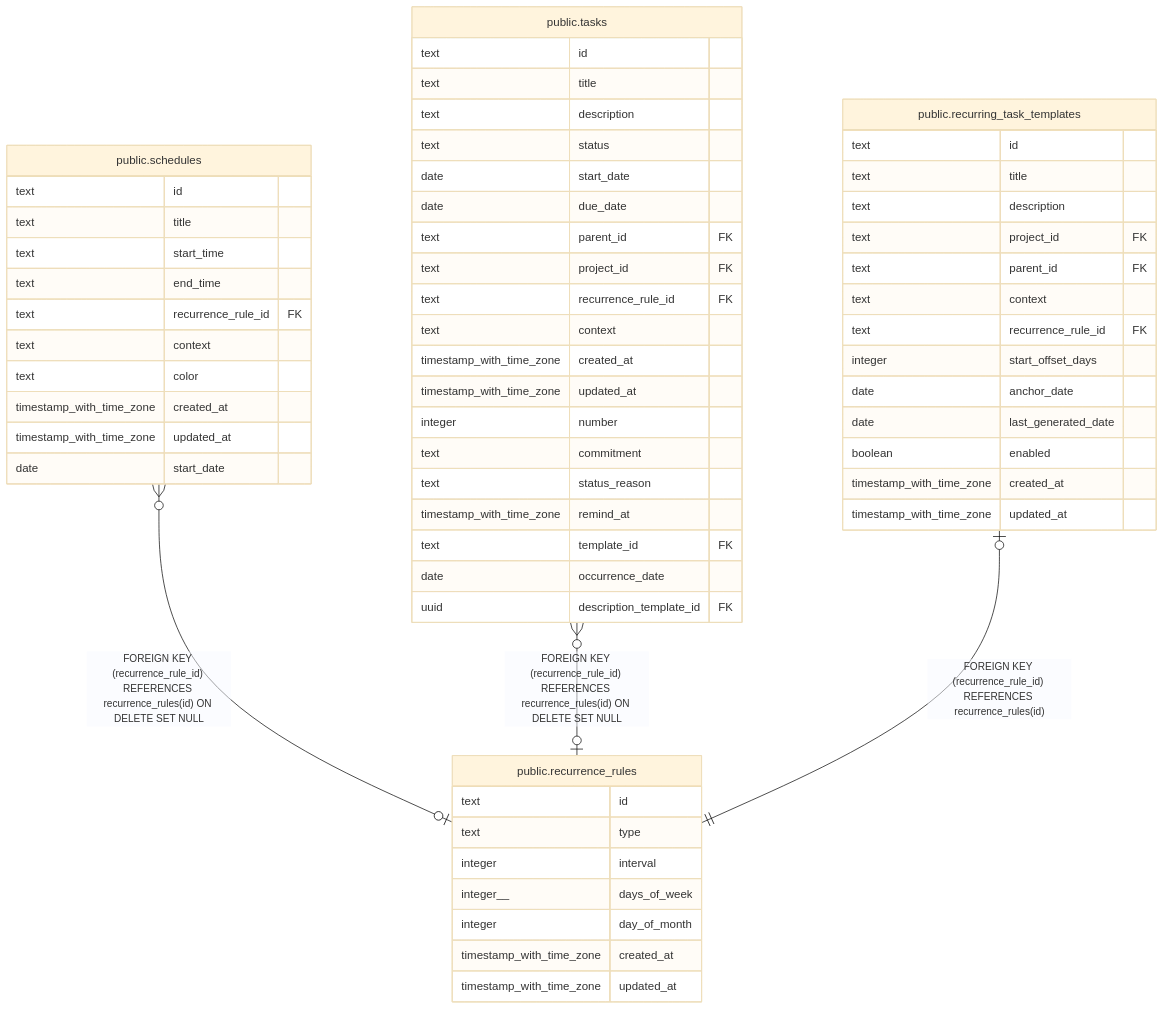
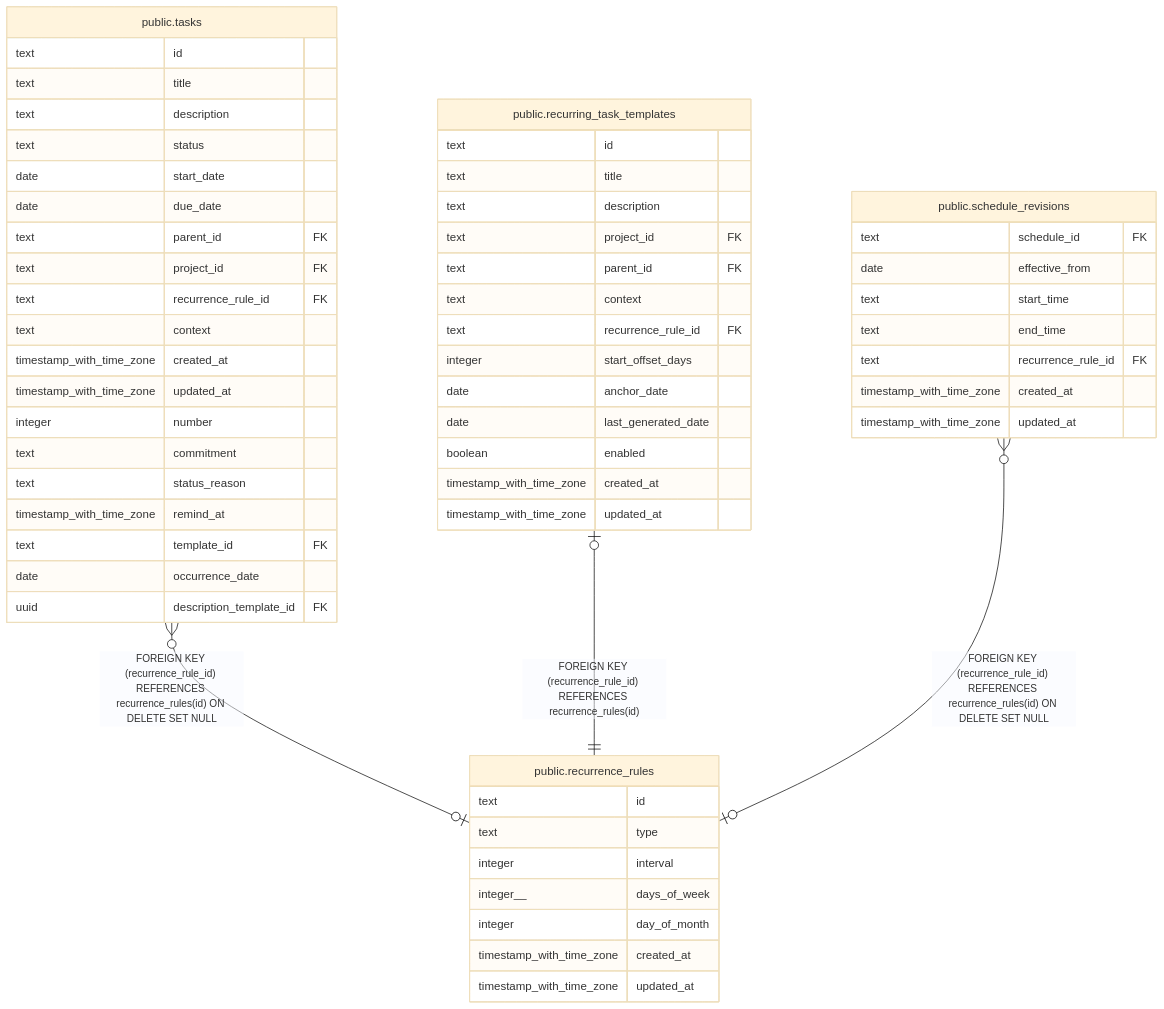
One commit to fohte/tq changed the diagram in api/docs/db/public.recurrence_rules.md. Above: the diagram before and after it, drawn with Mermaid (base theme). The commit also changed other lines of this file and 28 other files, not shown here.

Commit message:
schedule: revise or end recurring schedules (#985)

````diff
--- a/api/docs/db/public.recurrence_rules.md
+++ b/api/docs/db/public.recurrence_rules.md
@@ -38,65 +38,62 @@
 ```mermaid
 erDiagram
 
-"public.schedules" }o--o| "public.recurrence_rules" : "FOREIGN KEY (recurrence_rule_id) REFERENCES recurrence_rules(id) ON DELETE SET NULL"
 "public.tasks" }o--o| "public.recurrence_rules" : "FOREIGN KEY (recurrence_rule_id) REFERENCES recurrence_rules(id) ON DELETE SET NULL"
 "public.recurring_task_templates" |o--|| "public.recurrence_rules" : "FOREIGN KEY (recurrence_rule_id) REFERENCES recurrence_rules(id)"
+"public.schedule_revisions" }o--o| "public.recurrence_rules" : "FOREIGN KEY (recurrence_rule_id) REFERENCES recurrence_rules(id) ON DELETE SET NULL"
 
 "public.recurrence_rules" {
   text id
   text type
   integer interval
   integer__ days_of_week
   integer day_of_month
   timestamp_with_time_zone created_at
   timestamp_with_time_zone updated_at
-}
-"public.schedules" {
-  text id
-  text title
-  text start_time
-  text end_time
-  text recurrence_rule_id FK
-  text context
-  text color
-  timestamp_with_time_zone created_at
-  timestamp_with_time_zone updated_at
-  date start_date
 }
 "public.tasks" {
   text id
   text title
   text description
   text status
   date start_date
   date due_date
   text parent_id FK
   text project_id FK
   text recurrence_rule_id FK
   text context
   timestamp_with_time_zone created_at
   timestamp_with_time_zone updated_at
   integer number
   text commitment
   text status_reason
   timestamp_with_time_zone remind_at
   text template_id FK
   date occurrence_date
   uuid description_template_id FK
 }
 "public.recurring_task_templates" {
   text id
   text title
   text description
   text project_id FK
   text parent_id FK
   text context
   text recurrence_rule_id FK
   integer start_offset_days
   date anchor_date
   date last_generated_date
   boolean enabled
   timestamp_with_time_zone created_at
   timestamp_with_time_zone updated_at
 }
+"public.schedule_revisions" {
+  text schedule_id FK
+  date effective_from
+  text start_time
+  text end_time
+  text recurrence_rule_id FK
+  timestamp_with_time_zone created_at
+  timestamp_with_time_zone updated_at
+}
 ```
````
